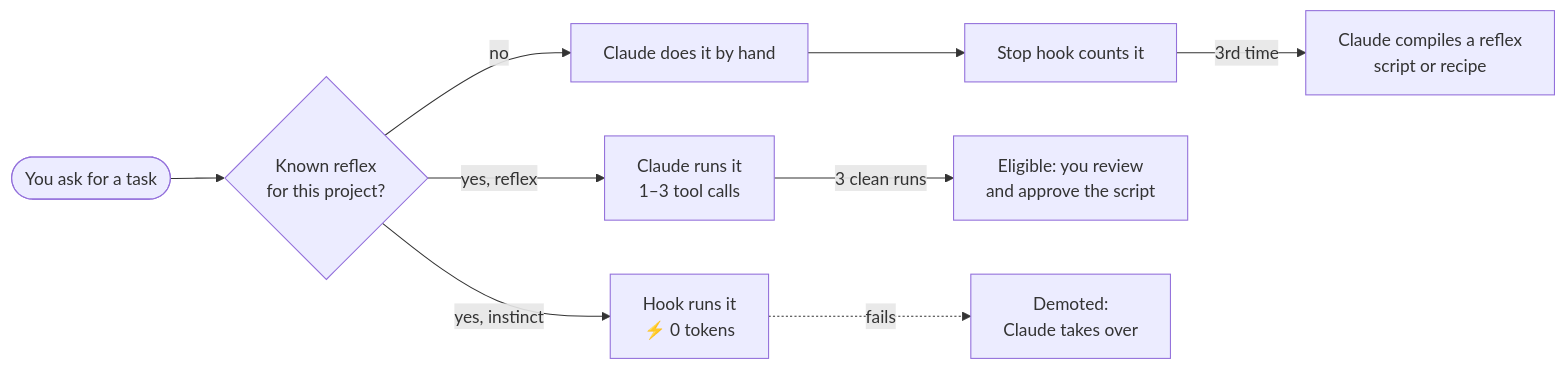
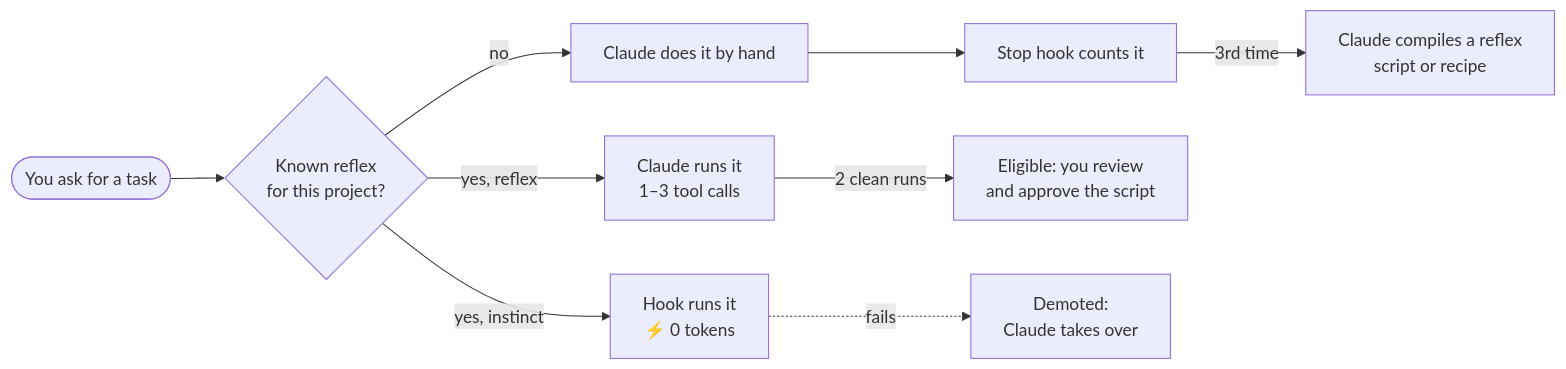
Before and after one commit to kabirshah4/muscle-memory: the diagram in README.md, drawn with Mermaid. The commit also changed other lines of this file and 3 other files, not shown here.

Commit message:
Cut model turns: log new tasks silently, shorter run-first hint, promote nudge shown to the user only, instinct after 2 clean runs

````diff
--- a/README.md
+++ b/README.md
@@ -56,11 +56,11 @@
 ```mermaid
 flowchart LR
     A([You ask for a task]) --> B{Known reflex<br>for this project?}
     B -- no --> C[Claude does it by hand]
     C --> D[Stop hook counts it]
     D -- 3rd time --> E[Claude compiles a reflex<br>script or recipe]
     B -- yes, reflex --> F[Claude runs it<br>1–3 tool calls]
-    F -- 3 clean runs --> G[Eligible: you review<br>and approve the script]
+    F -- 2 clean runs --> G[Eligible: you review<br>and approve the script]
     B -- yes, instinct --> H[Hook runs it<br>⚡ 0 tokens]
     H -. fails .-> I[Demoted:<br>Claude takes over]
 ```
````
